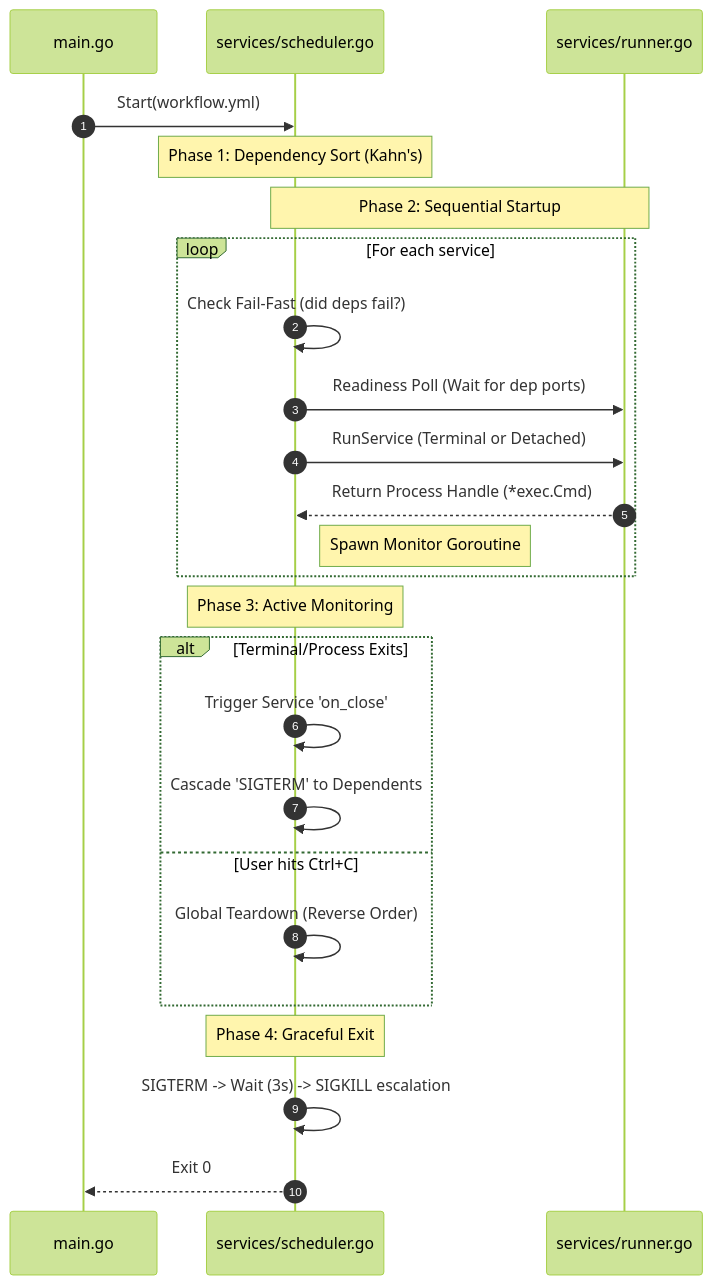
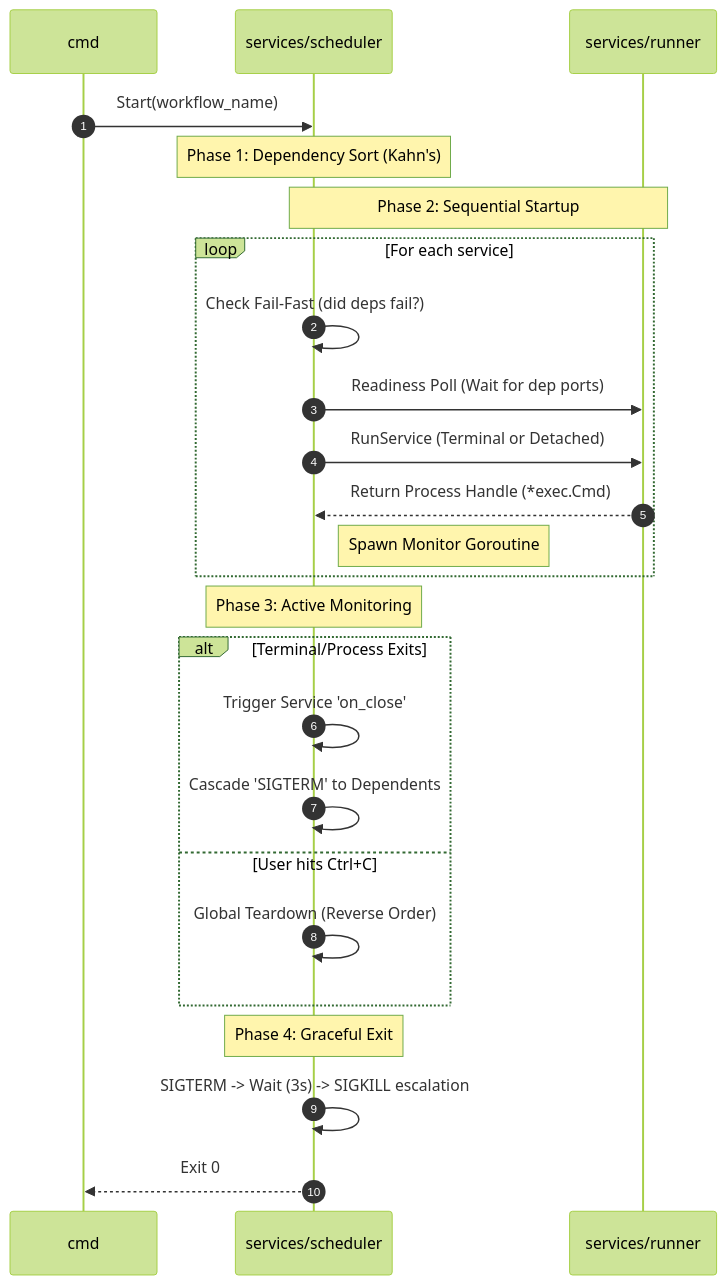
The diagram in README.md (anandyadav3559/devflow), drawn with Mermaid (forest theme) before and after one commit. The commit also changed other lines of this file and 28 other files, not shown here.

````diff
--- a/README.md
+++ b/README.md
@@ -67,33 +77,33 @@
 ```mermaid
 sequenceDiagram
     autonumber
-    participant Main as main.go
-    participant Scheduler as services/scheduler.go
-    participant Runner as services/runner.go
+    participant CLI as cmd
+    participant Scheduler as services/scheduler
+    participant Runner as services/runner
     
-    Main->>Scheduler: Start(workflow.yml)
+    CLI->>Scheduler: Start(workflow_name)
     
     Note over Scheduler: Phase 1: Dependency Sort (Kahn's)
     
     Note over Scheduler,Runner: Phase 2: Sequential Startup
     loop For each service
         Scheduler->>Scheduler: Check Fail-Fast (did deps fail?)
         Scheduler->>Runner: Readiness Poll (Wait for dep ports)
         Scheduler->>Runner: RunService (Terminal or Detached)
         Runner-->>Scheduler: Return Process Handle (*exec.Cmd)
         
         Note right of Scheduler: Spawn Monitor Goroutine
     end
 
     Note over Scheduler: Phase 3: Active Monitoring
     alt Terminal/Process Exits
         Scheduler->>Scheduler: Trigger Service 'on_close'
         Scheduler->>Scheduler: Cascade 'SIGTERM' to Dependents
     else User hits Ctrl+C
         Scheduler->>Scheduler: Global Teardown (Reverse Order)
     end
     
     Note over Scheduler: Phase 4: Graceful Exit
     Scheduler->>Scheduler: SIGTERM -> Wait (3s) -> SIGKILL escalation
-    Scheduler-->>Main: Exit 0
+    Scheduler-->>CLI: Exit 0
 ```
````
